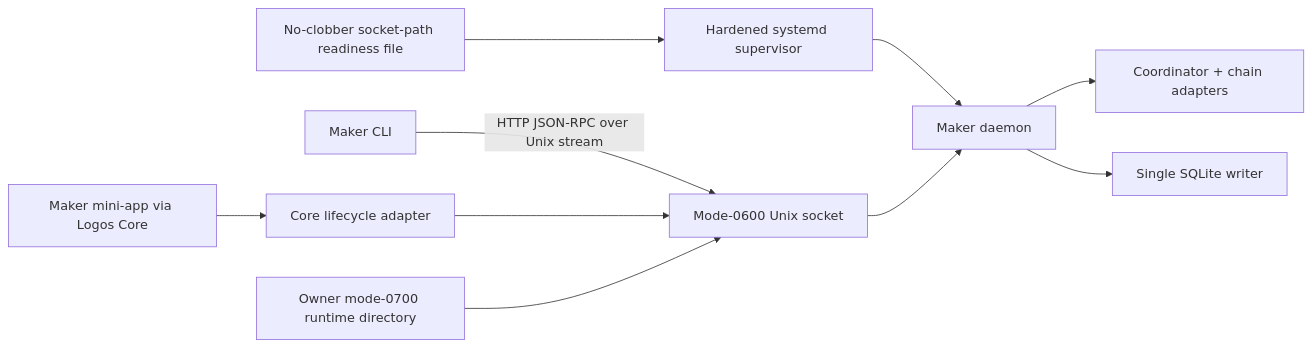
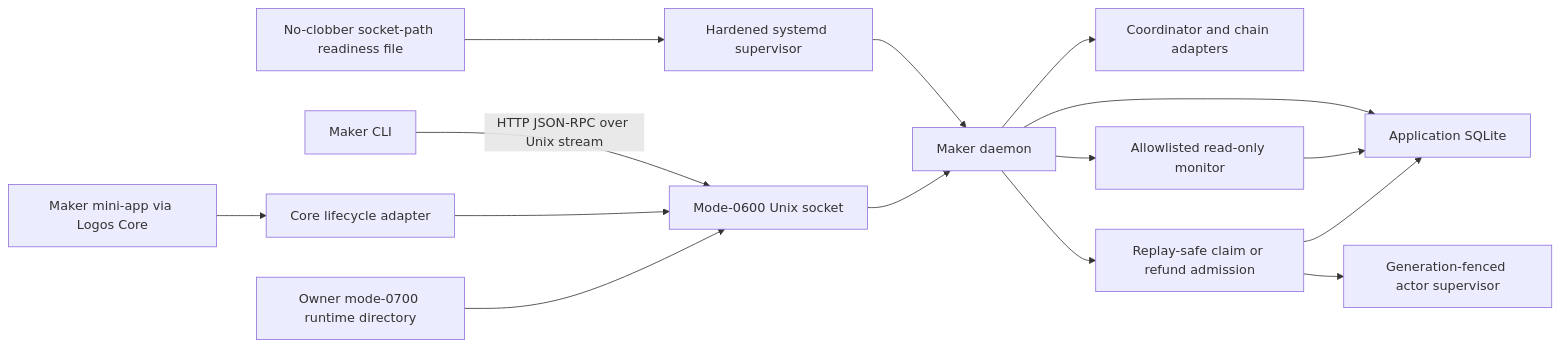
Before and after one commit to gateway-fm/lez-atomic-swaps: the diagram in docs/architecture/0007-maker-local-rpc.md, drawn with Mermaid. The commit also changed other lines of this file and 16 other files, not shown here.

````diff
--- a/docs/architecture/0007-maker-local-rpc.md
+++ b/docs/architecture/0007-maker-local-rpc.md
@@ -6,12 +5,17 @@
 ```mermaid
 flowchart LR
     CLI["Maker CLI"] -->|"HTTP JSON-RPC over Unix stream"| Socket["Mode-0600 Unix socket"]
     MiniApp["Maker mini-app via Logos Core"] --> CoreAdapter["Core lifecycle adapter"]
     CoreAdapter --> Socket
     Systemd["Hardened systemd supervisor"] --> Daemon["Maker daemon"]
     Socket --> Daemon
-    Daemon --> Coordinator["Coordinator + chain adapters"]
-    Daemon --> Writer["Single SQLite writer"]
+    Daemon --> Coordinator["Coordinator and chain adapters"]
+    Daemon --> Writer["Application SQLite"]
+    Daemon --> Monitor["Allowlisted read-only monitor"]
+    Daemon --> Actions["Replay-safe claim or refund admission"]
+    Monitor --> Writer
+    Actions --> Writer
+    Actions --> Scheduler["Generation-fenced actor supervisor"]
     Runtime["Owner mode-0700 runtime directory"] --> Socket
     Ready["No-clobber socket-path readiness file"] --> Systemd
 ```
````
